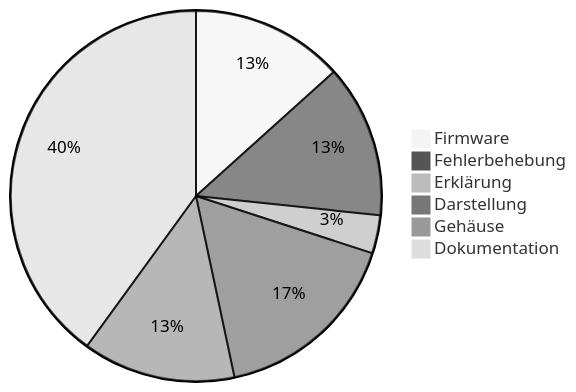
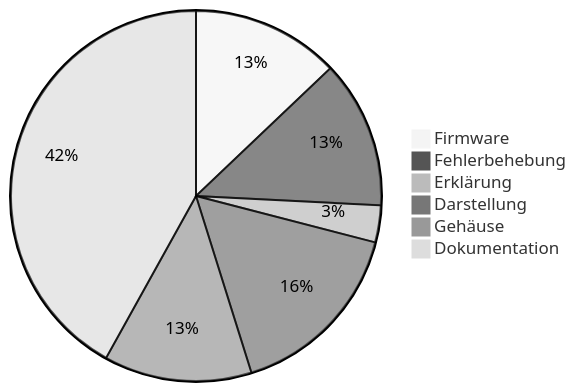
The third of 3 diagrams in wiki/Entwicklungsverlauf.md (BBZ-AIFS51/LF7-Projekt_GAS), drawn with Mermaid (neutral theme) before and after one commit. The commit also changed other lines of this file and 5 other files, not shown here.

````diff
--- a/wiki/Entwicklungsverlauf.md
+++ b/wiki/Entwicklungsverlauf.md
@@ -156,9 +158,9 @@
 ```mermaid
 pie
     "Firmware" : 4
     "Fehlerbehebung" : 4
     "Erklärung" : 1
     "Darstellung" : 5
     "Gehäuse" : 4
-    "Dokumentation" : 12
+    "Dokumentation" : 13
 ```
````
